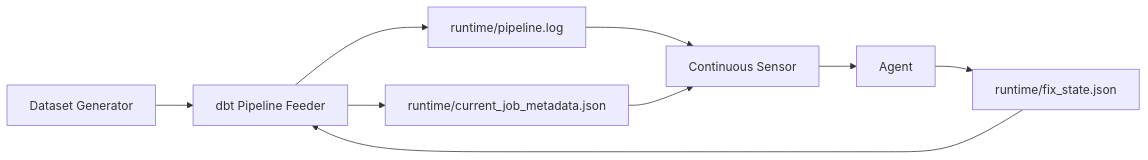
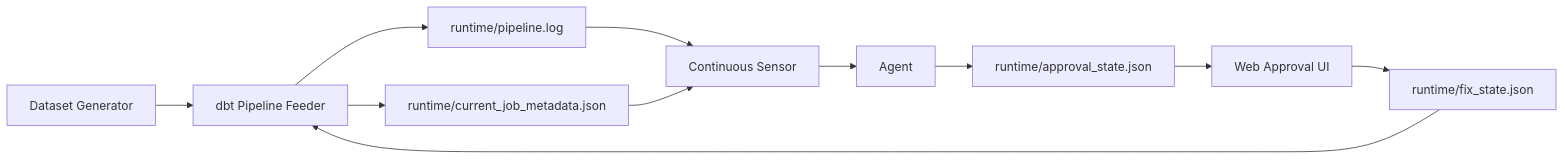
The fourth of 4 diagrams in agentic-ai-ollama-demo/README.md (unneeks/agent-demo-de), drawn with Mermaid before and after one commit. The commit also changed other lines of this file and 27 other files, not shown here.

````diff
--- a/agentic-ai-ollama-demo/README.md
+++ b/agentic-ai-ollama-demo/README.md
@@ -178,11 +185,13 @@
 ```mermaid
 flowchart LR
     D["Dataset Generator"] --> P["dbt Pipeline Feeder"]
     P --> L["runtime/pipeline.log"]
     P --> M["runtime/current_job_metadata.json"]
     L --> S["Continuous Sensor"]
     M --> S
     S --> A["Agent"]
-    A --> F["runtime/fix_state.json"]
+    A --> Q["runtime/approval_state.json"]
+    Q --> U["Web Approval UI"]
+    U --> F["runtime/fix_state.json"]
     F --> P
 ```
````
